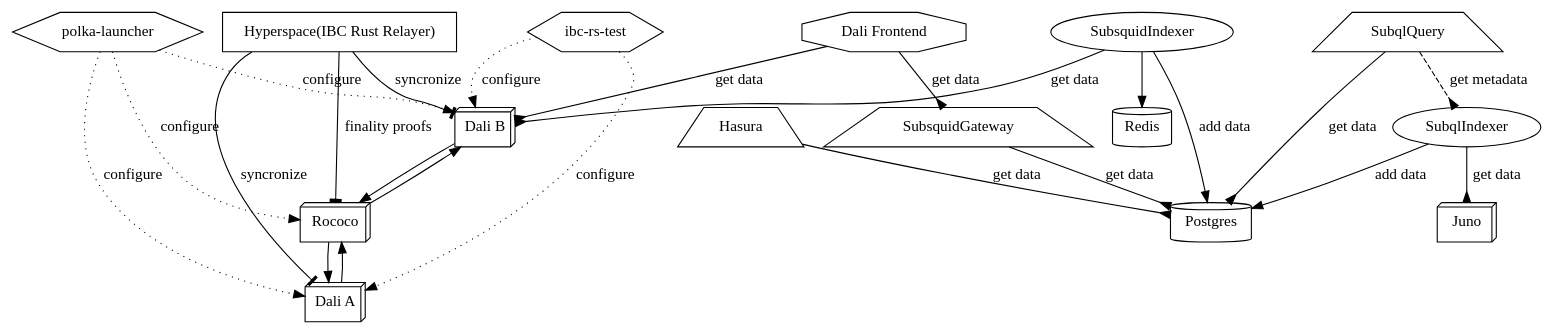
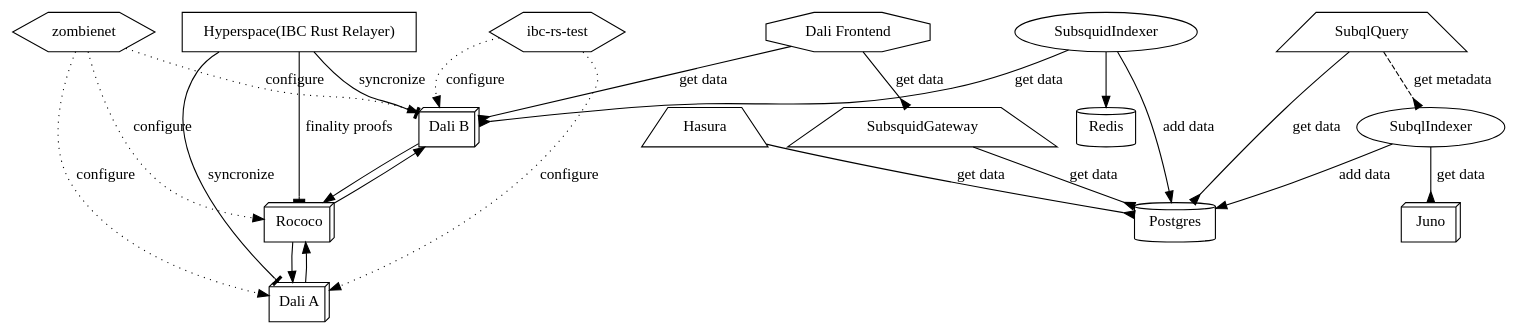
One commit to ComposableFi/composable changed the diagram in devnets/arion-xcvm.dot. Above: the diagram before and after it, drawn with Graphviz. The commit also changed 44 other files, not shown here.

```diff
--- a/devnets/arion-xcvm.dot
+++ b/devnets/arion-xcvm.dot
@@ -1,46 +1,46 @@
 digraph arion_xcvm {
     graph [fontname = "Handlee"];
     node [fontname = "Handlee"];
     edge [fontname = "Handlee"];    
     Dali [shape = box3d; label = "Dali B";];
     Rococo [shape = box3d;];
     Juno [shape = box3d;];
     sibling [shape = box3d;label = "Dali A";];
     Hasura [shape = trapezium;];
     SubqlQuery [shape = trapezium;];
     SubsquidGateway [shape = trapezium;];
     Postgres [shape = cylinder;];
     Redis [shape = cylinder;];
     dali_frontend [shape = octagon;label = "Dali Frontend";];
     hyperspace [shape = rectangle;label = "Hyperspace(IBC Rust Relayer)";];
     
     dali_frontend -> Dali [label = "get data"; arrowhead = inv;];
     dali_frontend -> SubsquidGateway [label = "get data"; arrowhead = inv;];
     Hasura -> Postgres [label = "get data"; arrowhead = inv;];
     SubqlIndexer -> Juno [label = "get data"; arrowhead = inv;];
     SubsquidIndexer -> Redis;
     SubsquidIndexer -> Postgres [label = "add data";];
     SubsquidIndexer -> Dali [label = "get data"; arrowhead = inv;];
     SubqlIndexer -> Postgres [label = "add data";];
     SubqlQuery -> Postgres [label = "get data"; arrowhead = inv;];
     SubqlQuery -> SubqlIndexer [style = dashed; label = "get metadata"; arrowhead = inv;];
     SubsquidGateway -> Postgres [label = "get data"; arrowhead = inv;];
     Dali -> Rococo;
     Rococo -> Dali;
     Rococo -> sibling;
     sibling -> Rococo;
     
     hyperspace -> Dali [label = "syncronize"; arrowhead = tee;];
     hyperspace -> sibling [label = "syncronize"; arrowhead = tee;];
     hyperspace -> Rococo [label = "finality proofs"; arrowhead = tee;];
     
     ibc_test [shape = hexagon;label = "ibc-rs-test";];    
     
     ibc_test -> Dali [label = "configure"; style = dotted;];
     ibc_test -> sibling [label = "configure"; style = dotted;];
 
     zombient  -> Dali [label = "configure"; style = dotted;];
-    zombient  [shape = hexagon;label = "polka-launcher";];    
+    zombient  [shape = hexagon;label = "zombienet";];    
     zombient -> sibling [label = "configure"; style = dotted;];
     zombient -> Rococo [label = "configure"; style = dotted;];
 }
```
